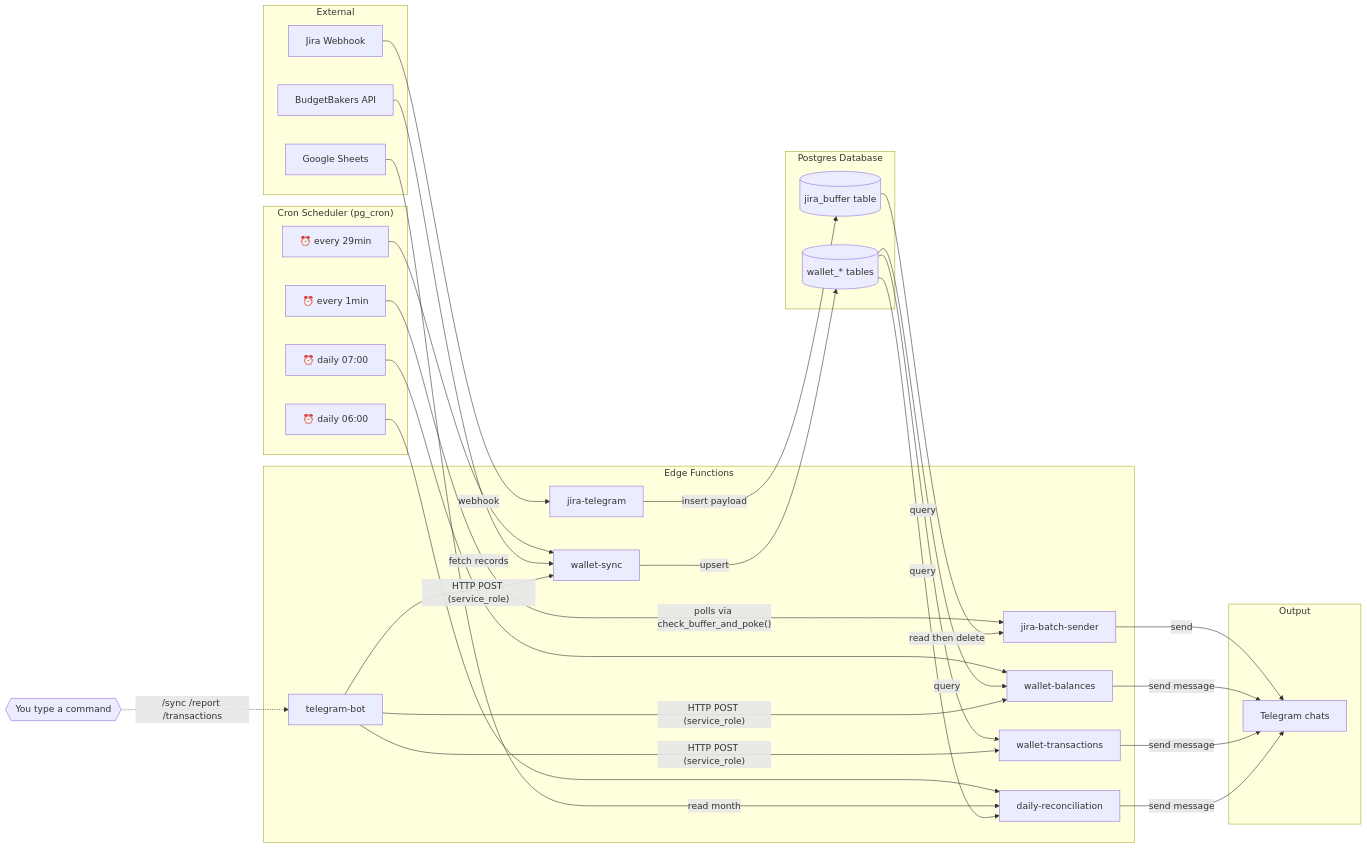
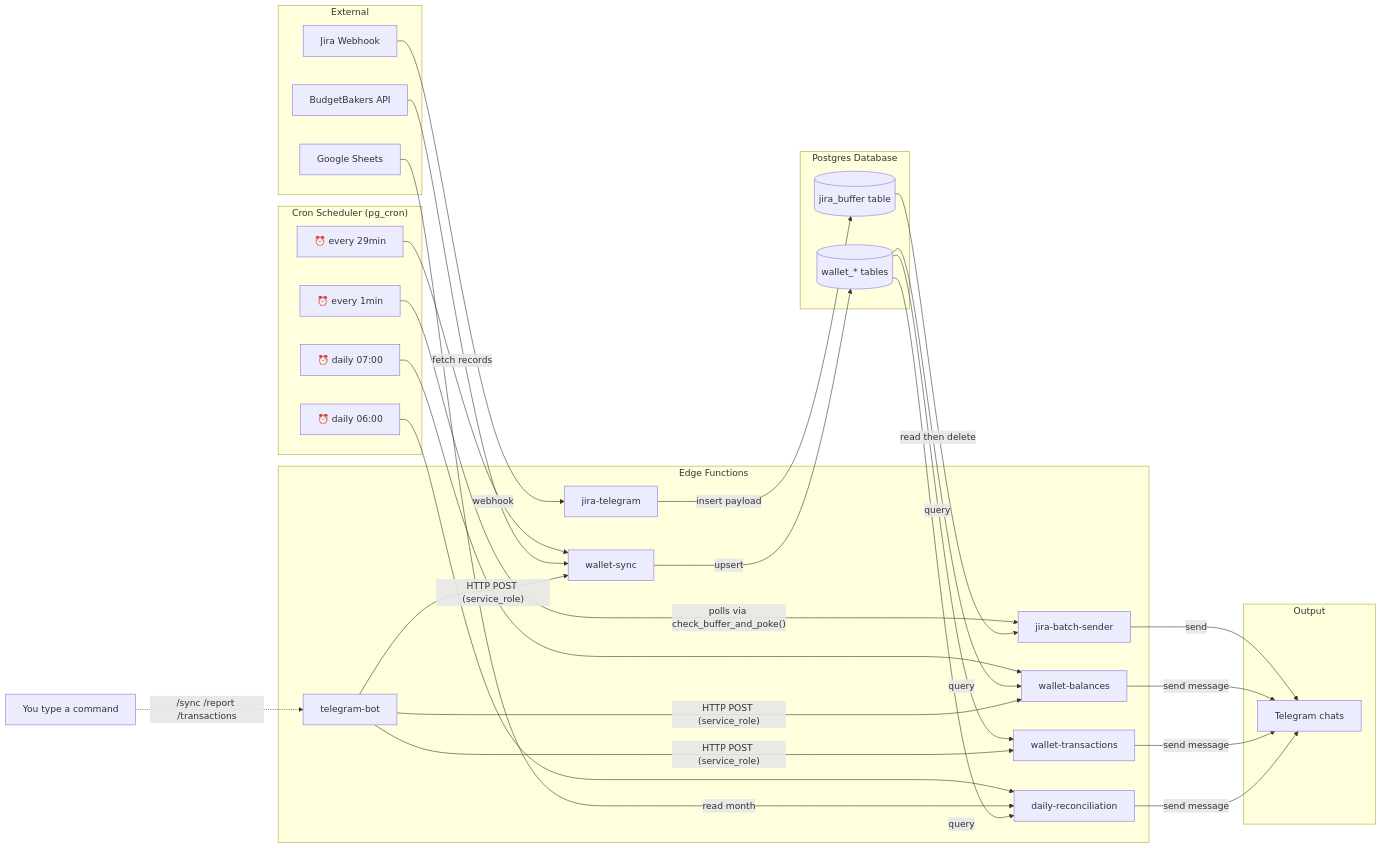
Before and after one commit to yfozekosh/walletbot: the diagram in README.md, drawn with Mermaid.

Commit message:
fix mermaid: use rectangle instead of stadium for User node

````diff
--- a/README.md
+++ b/README.md
@@ -19,62 +19,62 @@
 ```mermaid
 flowchart LR
   subgraph Ext["External"]
     WB[BudgetBakers API]
     GS[Google Sheets]
     JW[Jira Webhook]
   end
 
   subgraph Cron["Cron Scheduler (pg_cron)"]
     C1["⏰ every 29min"]
     C2["⏰ daily 06:00"]
     C3["⏰ daily 07:00"]
     C4["⏰ every 1min"]
   end
 
   subgraph Fn["Edge Functions"]
     WS[wallet-sync]
     DR[daily-reconciliation]
     WBAL[wallet-balances]
     WT[wallet-transactions]
     TB[telegram-bot]
     JT[jira-telegram]
     JBS[jira-batch-sender]
   end
 
   subgraph DB["Postgres Database"]
     TBL[("wallet_* tables")]
     BUF[("jira_buffer table")]
   end
 
   subgraph Out["Output"]
     TG[Telegram chats]
   end
 
   %% Cron triggers
   C1 --> WS
   C2 --> DR
   C3 --> WBAL
   C4 -->|"polls via check_buffer_and_poke()"| JBS
 
   %% External data sources
   WB -->|fetch records| WS
   GS -->|read month| DR
   JW -->|webhook| JT -->|insert payload| BUF
   BUF -->|read then delete| JBS
 
   %% Edge function chains
   WS -->|upsert| TBL
   TBL -->|query| WBAL
   TBL -->|query| WT
   TBL -->|query| DR
   JBS -->|send| TG
   WBAL -->|send message| TG
   WT -->|send message| TG
   DR -->|send message| TG
 
   %% Telegram bot flow
-  User{{"You type a command"}} -.->|/sync /report /transactions| TB
+  User["You type a command"] -.->|/sync /report /transactions| TB
   TB -- "HTTP POST (service_role)" --> WS
   TB -- "HTTP POST (service_role)" --> WBAL
   TB -- "HTTP POST (service_role)" --> WT
 ```
````
